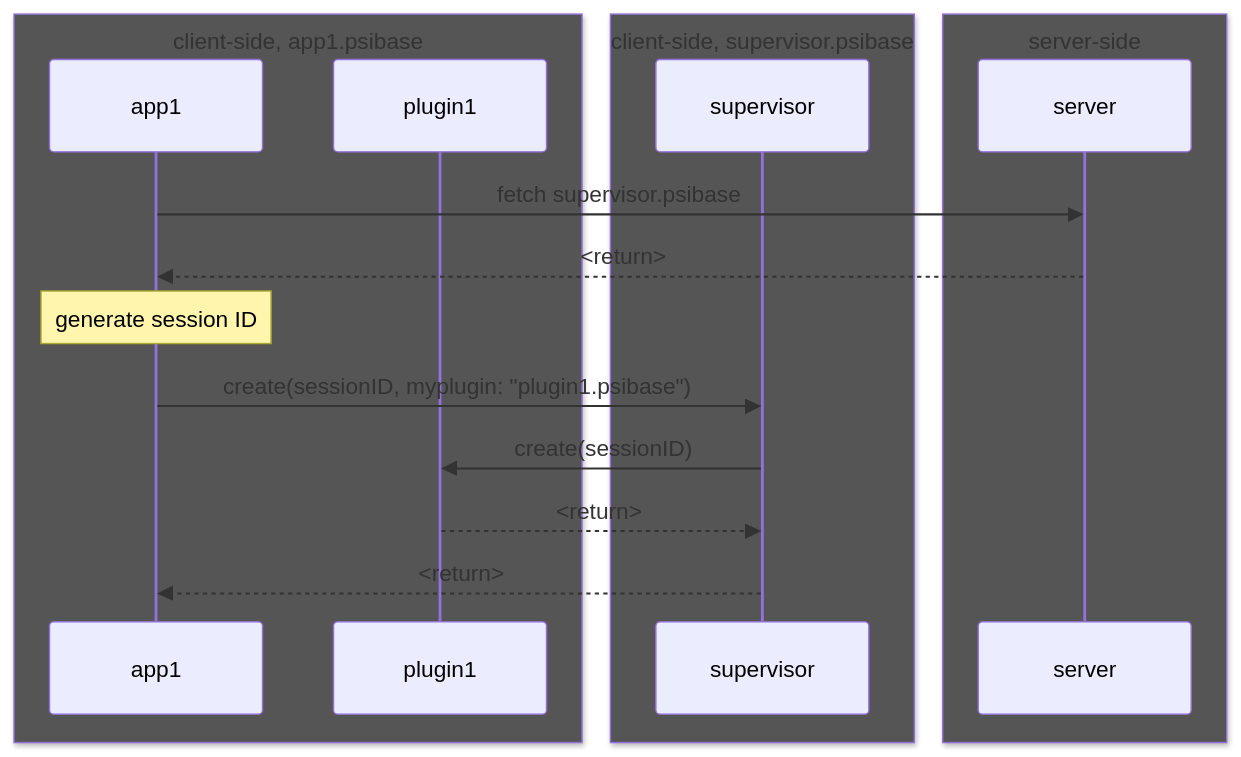
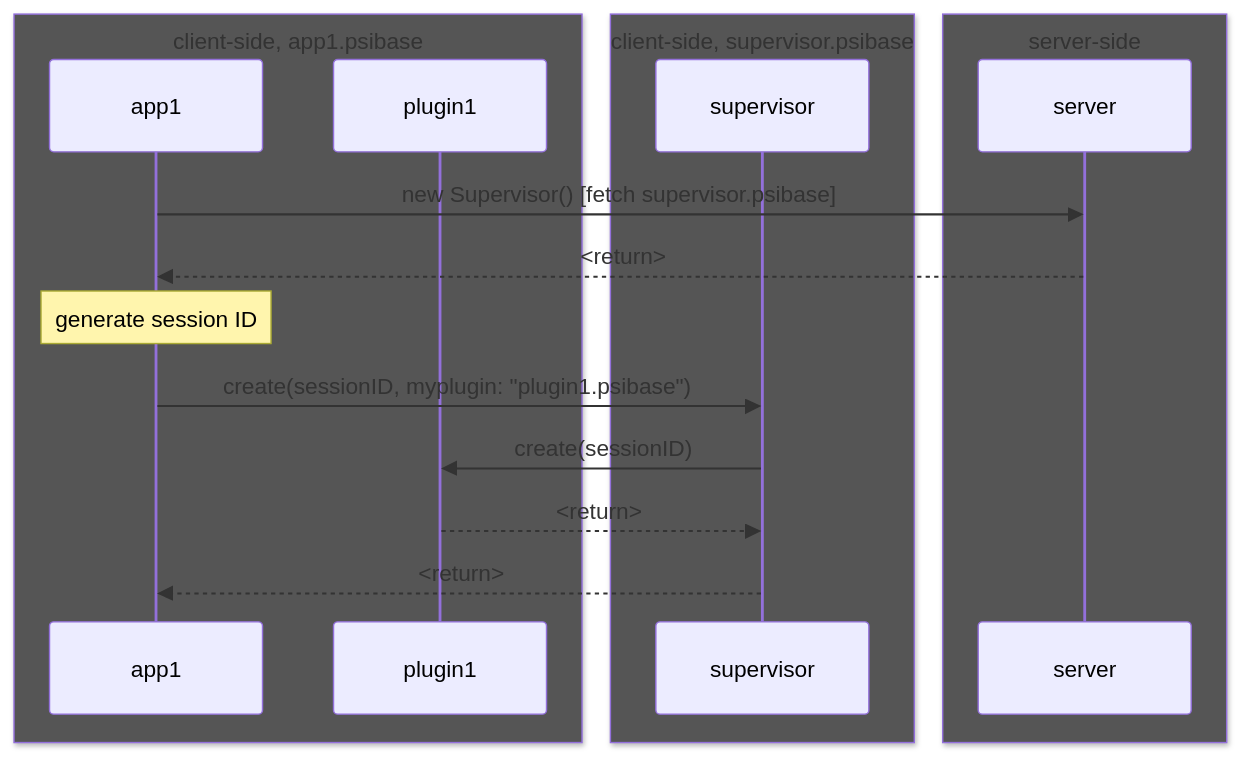
The first of 3 diagrams in doc/psidk/src/specifications/app-architecture/supervisor.md (gofractally/psibase), drawn with Mermaid before and after one commit. The commit also changed other lines of this file, not shown here.

Commit message:
added clarification around primary diagram as well as a code snippet and some explanatory text.

````diff
--- a/doc/psidk/src/specifications/app-architecture/supervisor.md
+++ b/doc/psidk/src/specifications/app-architecture/supervisor.md
@@ -66,24 +118,24 @@
 ```mermaid
 sequenceDiagram
 %%{init: { 'sequence': {'noteAlign': 'left'} }}%%
 
 box rgb(85,85,85) client-side, app1.psibase
 participant app1
 participant plugin1
 end
 box rgb(85,85,85) client-side, supervisor.psibase
 participant supervisor
 end
 
 box rgb(85,85,85) server-side
 participant server
 end
 
-app1->>server: fetch supervisor.psibase
+app1->>server: new Supervisor() [fetch supervisor.psibase]
 server-->>app1: <return>
 note over app1: generate session ID
 app1->>supervisor: create(sessionID, myplugin: "plugin1.psibase")
 supervisor->>plugin1: create(sessionID)
 plugin1-->>supervisor: <return>
 supervisor-->>app1: <return>
 ```
````
